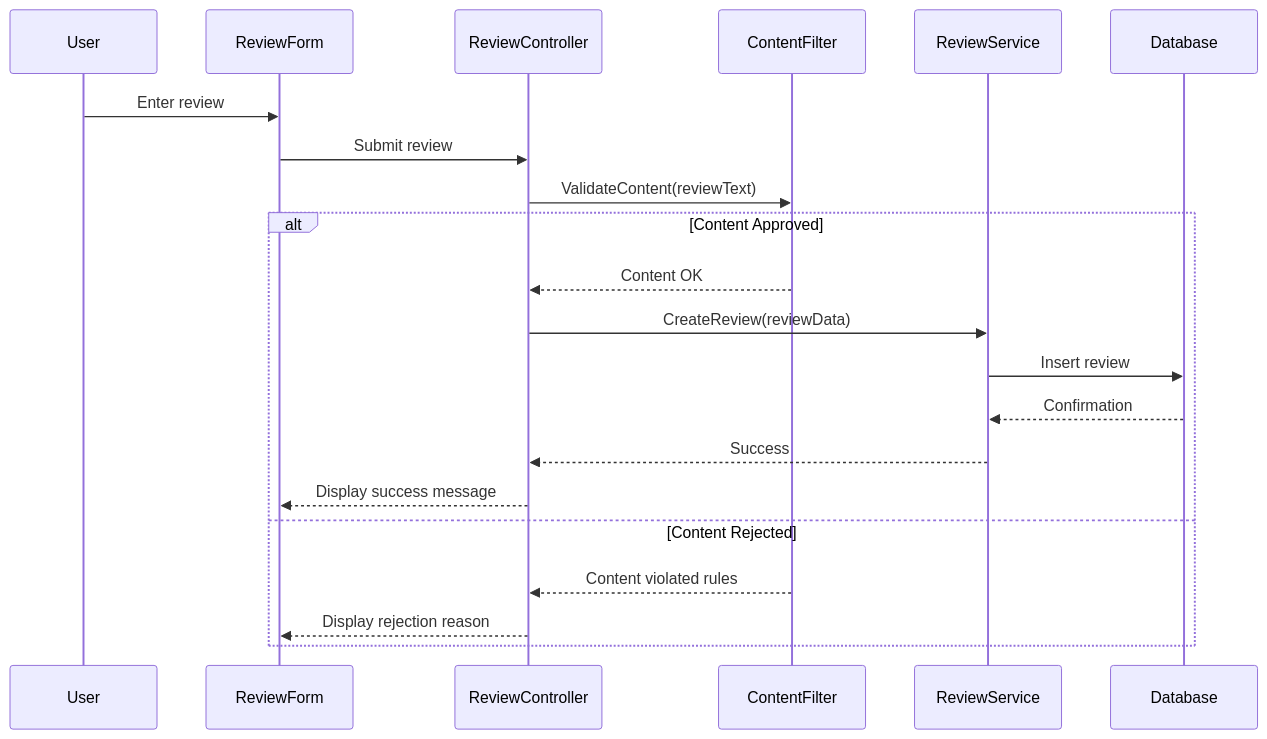
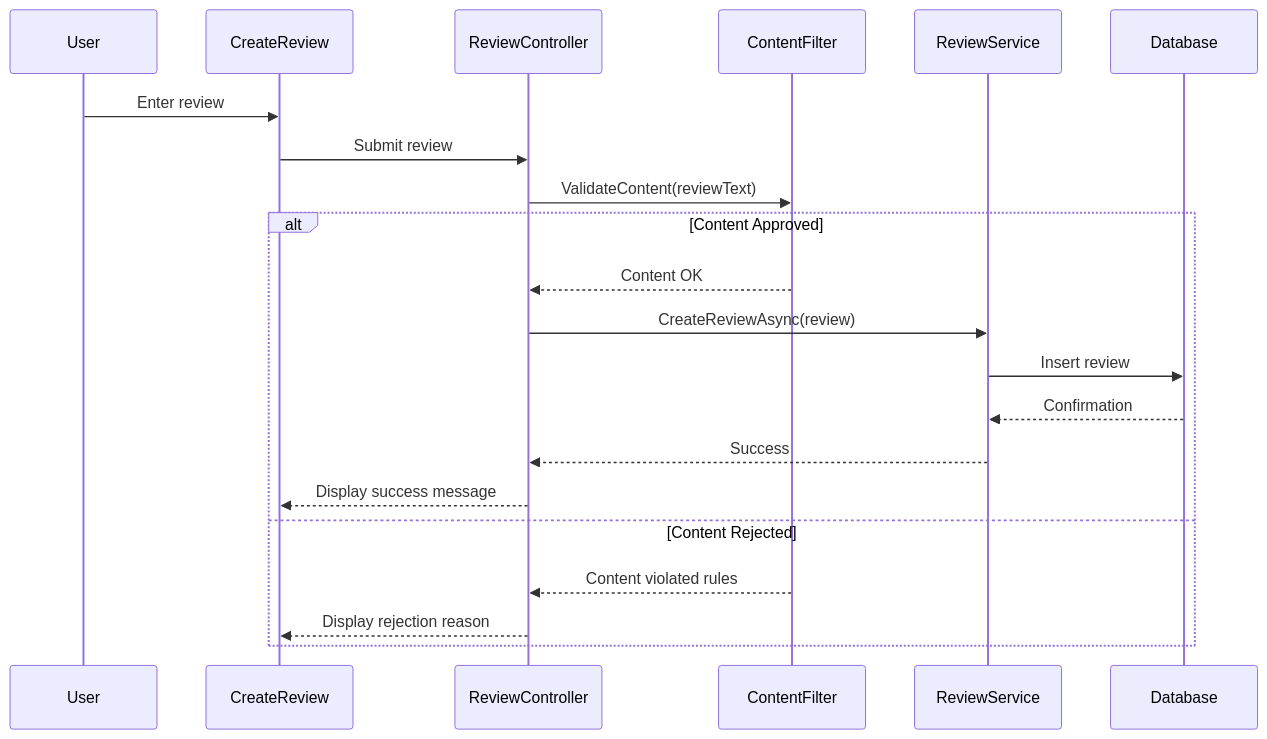
One commit to omniV1/CineScope changed the third of 4 diagrams in Documents/Technical-Reports/Technical-Design.md. Above: the diagram before and after it, drawn with Mermaid. The commit also changed other lines of this file and 1 other file, not shown here.

Commit message:
Create User Training Module with navigation flow and detailed user guide

````diff
--- a/Documents/Technical-Reports/Technical-Design.md
+++ b/Documents/Technical-Reports/Technical-Design.md
@@ -375,24 +310,24 @@
 ```mermaid
 sequenceDiagram
     participant User
-    participant ReviewForm
+    participant CreateReview
     participant ReviewController
     participant ContentFilter
     participant ReviewService
     participant Database
 
-    User->>ReviewForm: Enter review
-    ReviewForm->>ReviewController: Submit review
+    User->>CreateReview: Enter review
+    CreateReview->>ReviewController: Submit review
     ReviewController->>ContentFilter: ValidateContent(reviewText)
     alt Content Approved
         ContentFilter-->>ReviewController: Content OK
-        ReviewController->>ReviewService: CreateReview(reviewData)
+        ReviewController->>ReviewService: CreateReviewAsync(review)
         ReviewService->>Database: Insert review
         Database-->>ReviewService: Confirmation
         ReviewService-->>ReviewController: Success
-        ReviewController-->>ReviewForm: Display success message
+        ReviewController-->>CreateReview: Display success message
     else Content Rejected
         ContentFilter-->>ReviewController: Content violated rules
-        ReviewController-->>ReviewForm: Display rejection reason
+        ReviewController-->>CreateReview: Display rejection reason
     end
 ```
````
